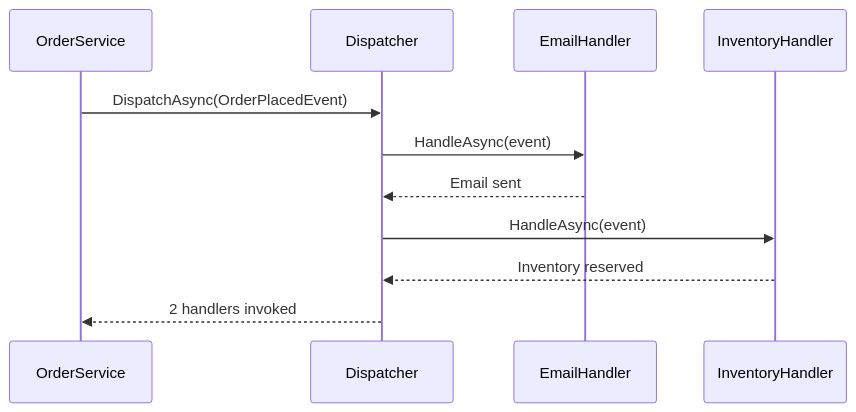
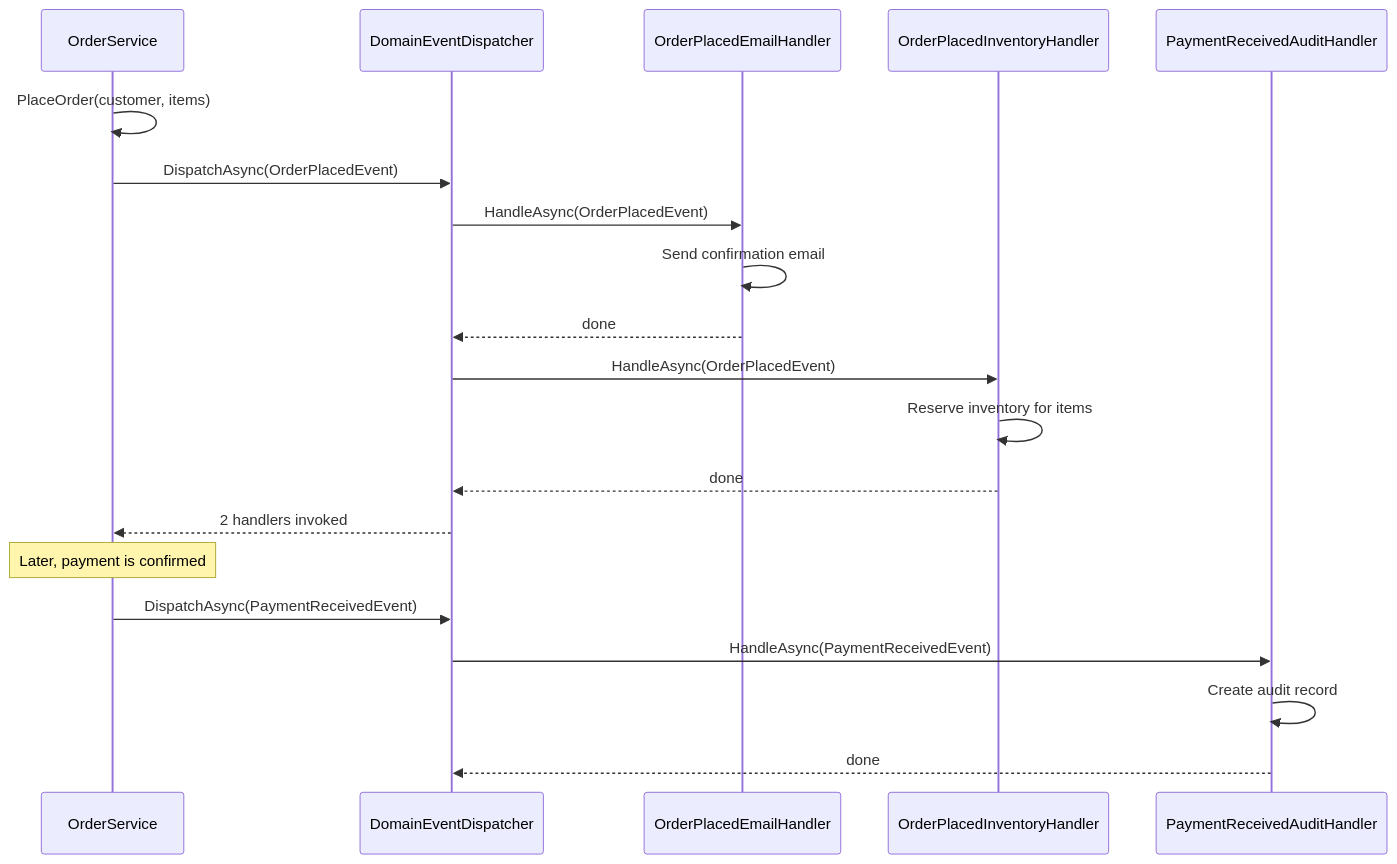
Before and after one commit to senapatisantosh/DotnetAdvanceDesignPattern: the second of 2 diagrams in src/DesignPatterns.Enterprise/DomainEvents/README.md, drawn with Mermaid. The commit also changed other lines of this file and 3 other files, not shown here.

````diff
--- a/src/DesignPatterns.Enterprise/DomainEvents/README.md
+++ b/src/DesignPatterns.Enterprise/DomainEvents/README.md
@@ -107,14 +140,27 @@
 ```mermaid
 sequenceDiagram
-    participant S as OrderService
-    participant D as Dispatcher
-    participant E as EmailHandler
-    participant I as InventoryHandler
+    participant OrderService
+    participant Dispatcher as DomainEventDispatcher
+    participant Email as OrderPlacedEmailHandler
+    participant Inventory as OrderPlacedInventoryHandler
+    participant Audit as PaymentReceivedAuditHandler
 
-    S->>D: DispatchAsync(OrderPlacedEvent)
-    D->>E: HandleAsync(event)
-    E-->>D: Email sent
-    D->>I: HandleAsync(event)
-    I-->>D: Inventory reserved
-    D-->>S: 2 handlers invoked
+    OrderService->>OrderService: PlaceOrder(customer, items)
+    OrderService->>Dispatcher: DispatchAsync(OrderPlacedEvent)
+
+    Dispatcher->>Email: HandleAsync(OrderPlacedEvent)
+    Email->>Email: Send confirmation email
+    Email-->>Dispatcher: done
+
+    Dispatcher->>Inventory: HandleAsync(OrderPlacedEvent)
+    Inventory->>Inventory: Reserve inventory for items
+    Inventory-->>Dispatcher: done
+
+    Dispatcher-->>OrderService: 2 handlers invoked
+
+    Note over OrderService: Later, payment is confirmed
+    OrderService->>Dispatcher: DispatchAsync(PaymentReceivedEvent)
+    Dispatcher->>Audit: HandleAsync(PaymentReceivedEvent)
+    Audit->>Audit: Create audit record
+    Audit-->>Dispatcher: done
 ```
````
